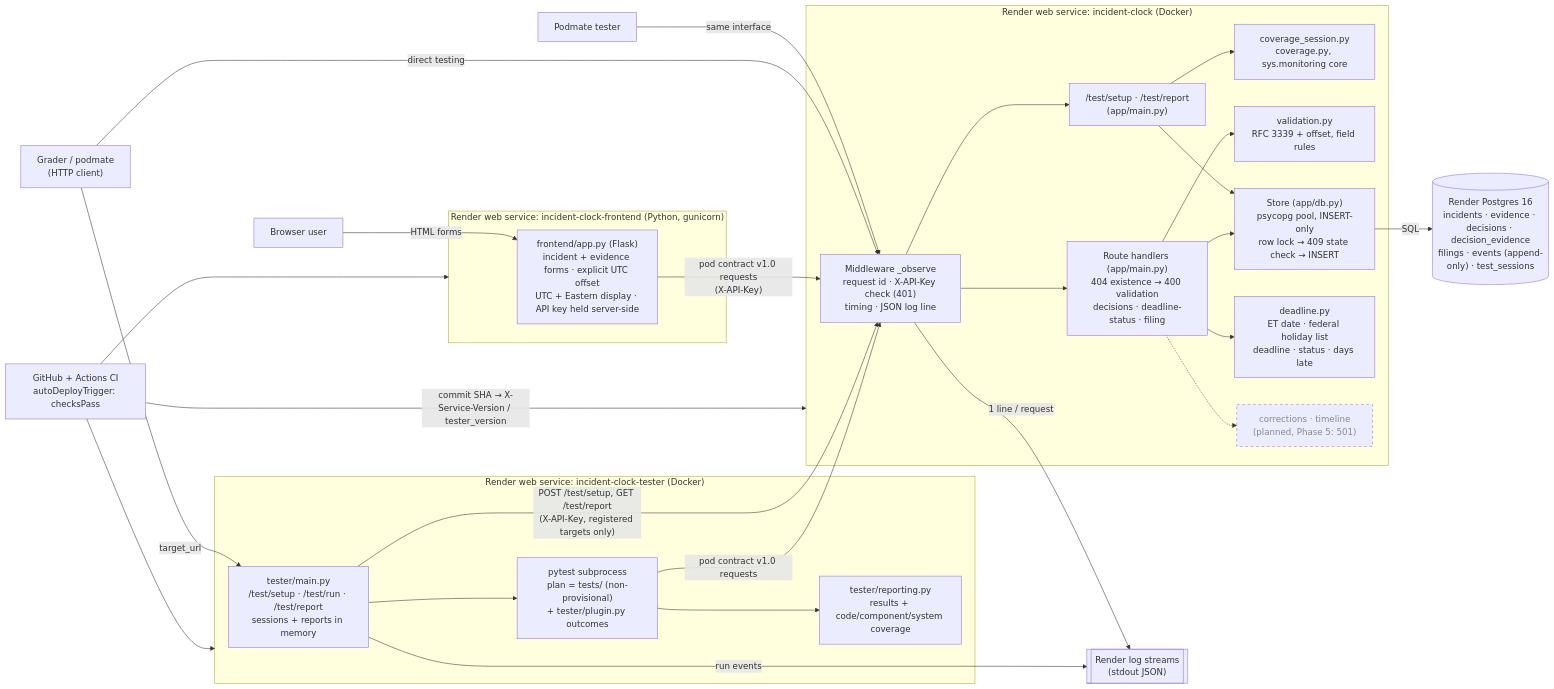
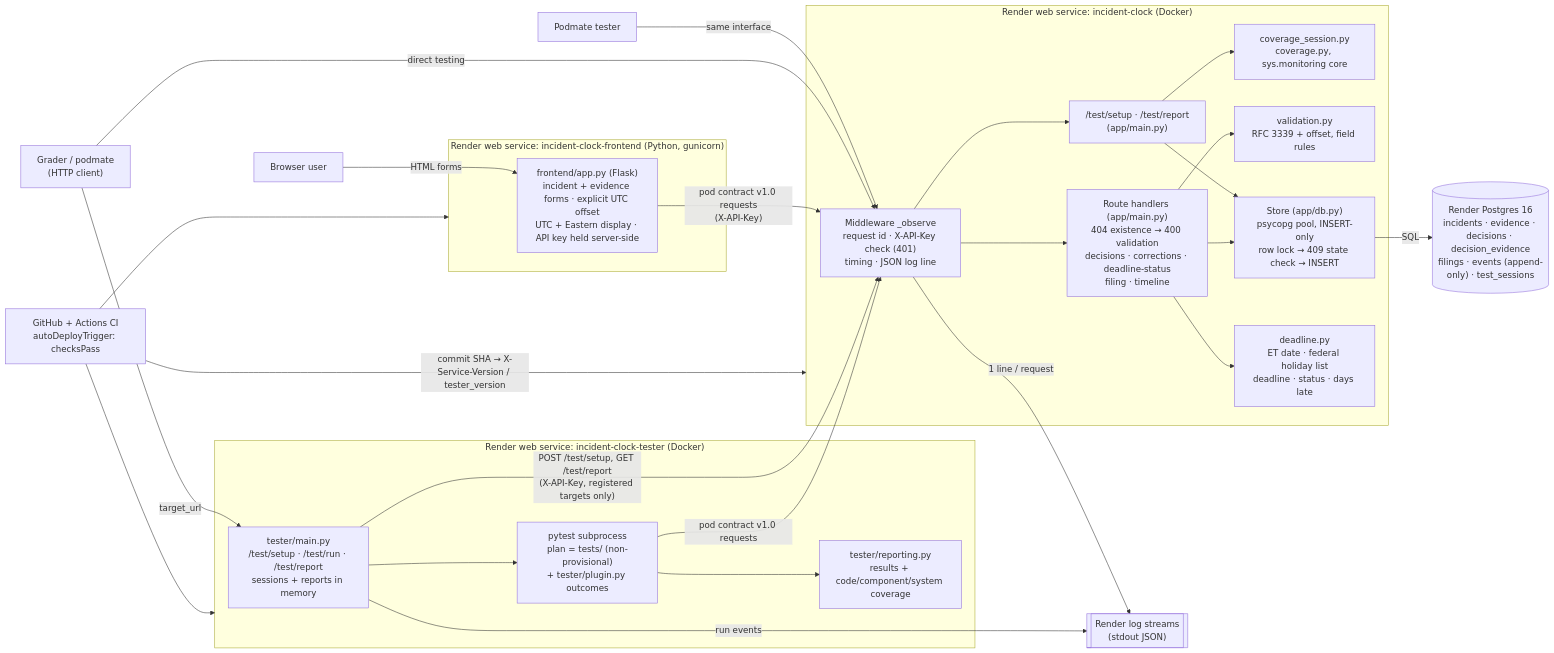
One commit to saachikayadav/incident-clock changed the first of 6 diagrams in docs/models.md. Above: the diagram before and after it, drawn with Mermaid. The commit also changed other lines of this file and 10 other files, not shown here.

Commit message:
Phase 5: corrections (REQ-06) and timeline (REQ-12); AC-08, AC-12, AC-13

````diff
--- a/docs/models.md
+++ b/docs/models.md
@@ -22,58 +22,53 @@
 ```mermaid
 flowchart LR
   G["Grader / podmate<br/>(HTTP client)"]
   PT["Podmate tester"]
   U["Browser user"]
 
   subgraph FE["Render web service: incident-clock-frontend (Python, gunicorn)"]
     FA["frontend/app.py (Flask)<br/>incident + evidence forms · explicit UTC offset<br/>UTC + Eastern display · API key held server-side"]
   end
 
   subgraph TS["Render web service: incident-clock-tester (Docker)"]
     TA["tester/main.py<br/>/test/setup · /test/run · /test/report<br/>sessions + reports in memory"]
     TP["pytest subprocess<br/>plan = tests/ (non-provisional)<br/>+ tester/plugin.py outcomes"]
     TR["tester/reporting.py<br/>results + code/component/system coverage"]
   end
 
   subgraph SYS["Render web service: incident-clock (Docker)"]
     MW["Middleware _observe<br/>request id · X-API-Key check (401)<br/>timing · JSON log line"]
-    H["Route handlers (app/main.py)<br/>404 existence → 400 validation<br/>decisions · deadline-status · filing"]
+    H["Route handlers (app/main.py)<br/>404 existence → 400 validation<br/>decisions · corrections · deadline-status<br/>filing · timeline"]
     TI["/test/setup · /test/report<br/>(app/main.py)"]
     CV["coverage_session.py<br/>coverage.py, sys.monitoring core"]
     V["validation.py<br/>RFC 3339 + offset, field rules"]
     S["Store (app/db.py)<br/>psycopg pool, INSERT-only<br/>row lock → 409 state check → INSERT"]
     D["deadline.py<br/>ET date · federal holiday list<br/>deadline · status · days late"]
-    C["corrections · timeline<br/>(planned, Phase 5: 501)"]
   end
 
   DB[("Render Postgres 16<br/>incidents · evidence · decisions · decision_evidence<br/>filings · events (append-only) · test_sessions")]
   LOG[["Render log streams<br/>(stdout JSON)"]]
   GH["GitHub + Actions CI<br/>autoDeployTrigger: checksPass"]
 
   G -- "target_url" --> TA
   TA --> TP
   TP --> TR
   TA -- "POST /test/setup, GET /test/report<br/>(X-API-Key, registered targets only)" --> MW
   TP -- "pod contract v1.0 requests" --> MW
   PT -- "same interface" --> MW
   G -- "direct testing" --> MW
   U -- "HTML forms" --> FA
   FA -- "pod contract v1.0 requests<br/>(X-API-Key)" --> MW
   MW --> H
   MW --> TI
   TI --> CV
   TI --> S
   H --> V
   H --> S
   S -- "SQL" --> DB
   MW -- "1 line / request" --> LOG
   TA -- "run events" --> LOG
   GH -- "commit SHA → X-Service-Version / tester_version" --> SYS
   GH --> TS
   GH --> FE
   H --> D
-  H -.-> C
-
-  classDef planned stroke-dasharray: 5 5,color:#888;
-  class C planned;
 ```
````
